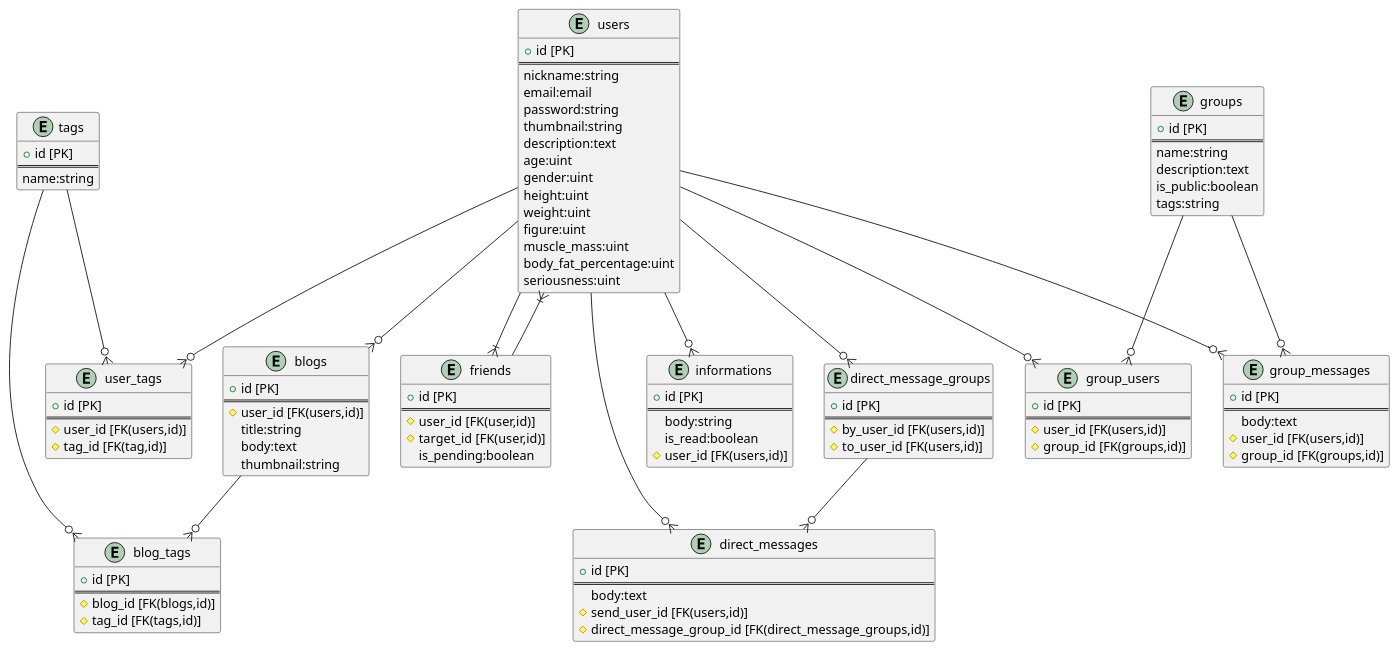
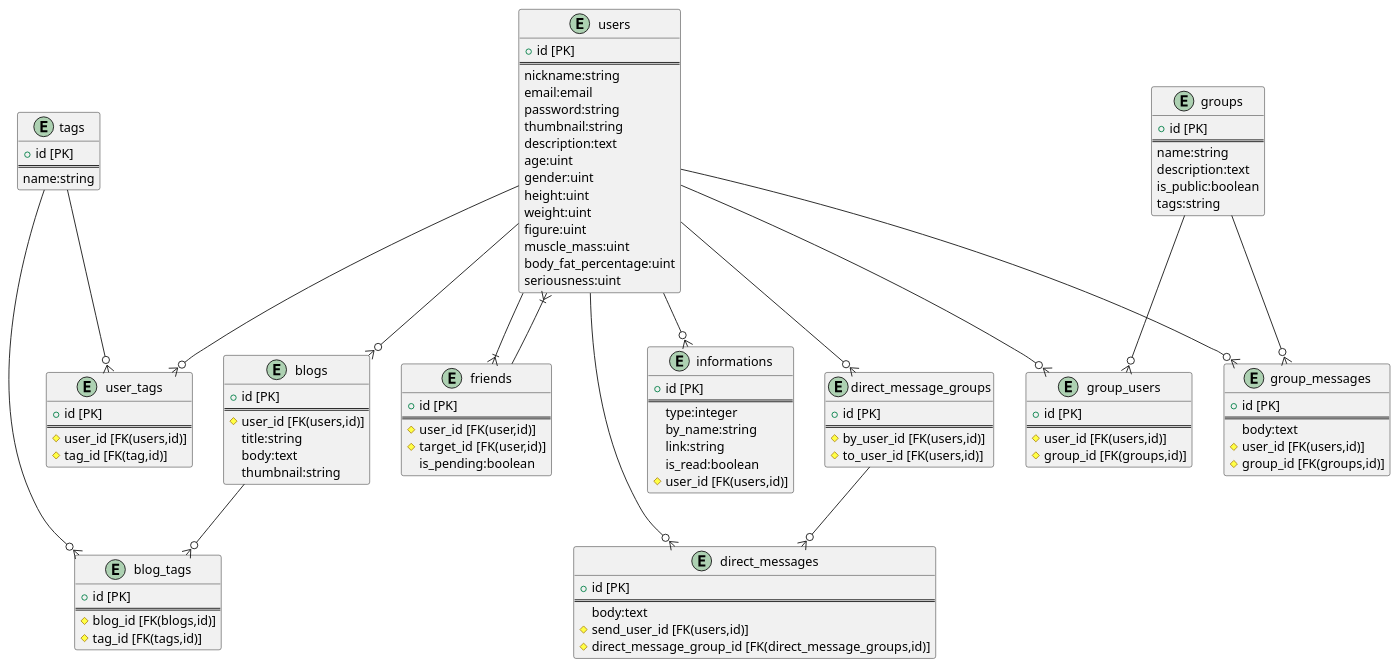
The diagram in docs/ER.md (NAKKA-K/musclers), drawn with PlantUML before and after one commit.

Commit message:
Add information table

```diff
--- a/docs/ER.md
+++ b/docs/ER.md
@@ -24,7 +24,9 @@
 entity "informations" {
     + id [PK]
     ==
-    body:string
+    type:integer
+    by_name:string
+    link:string
     is_read:boolean
     # user_id [FK(users,id)]
 }
```
